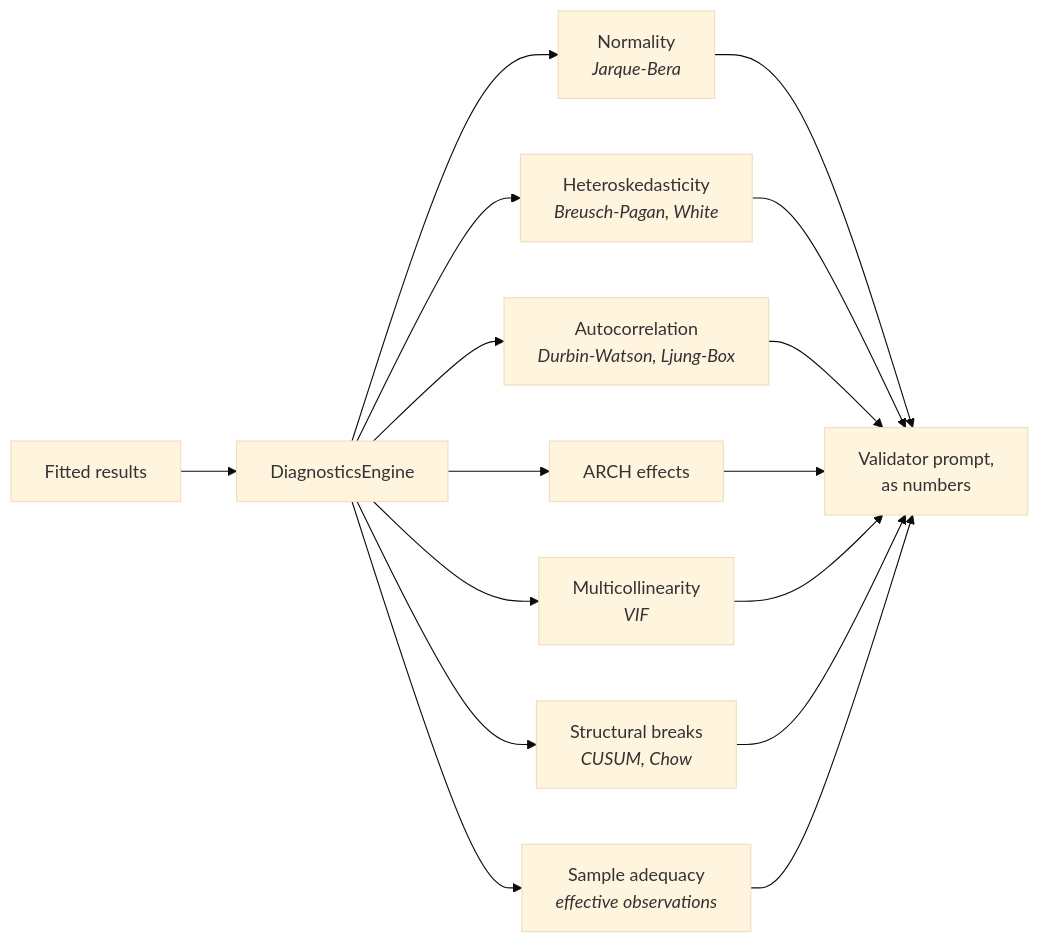
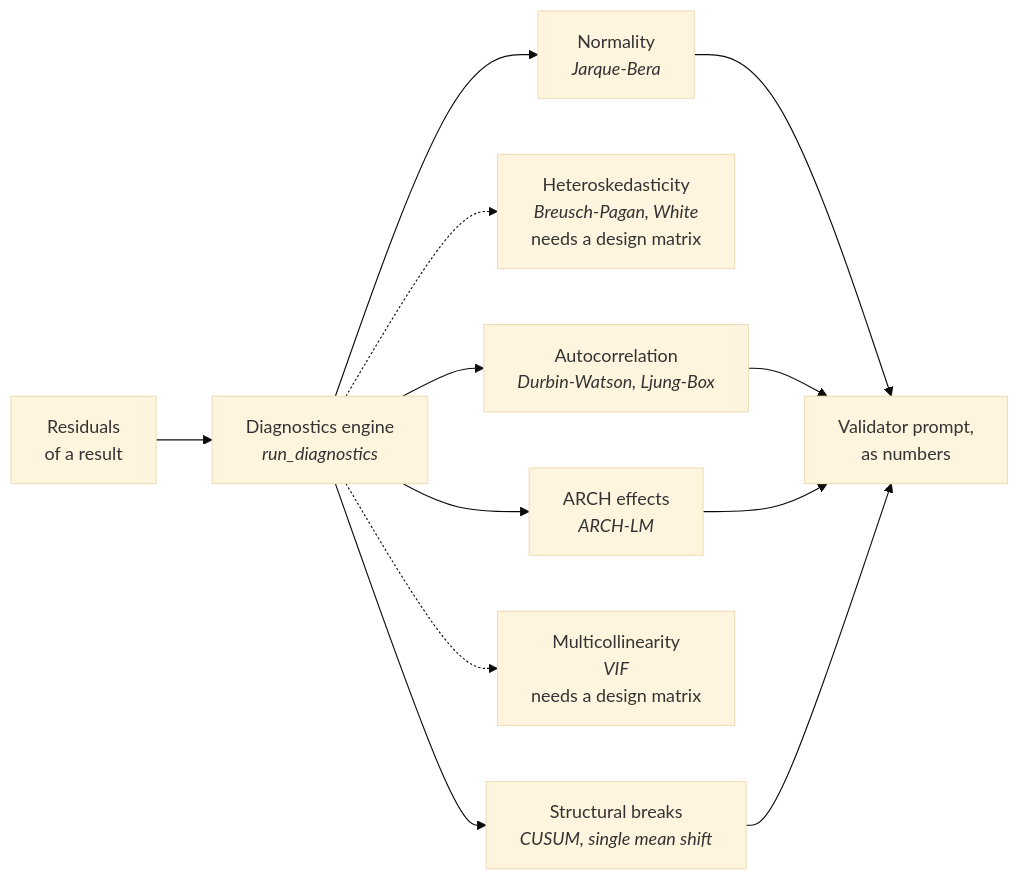
One commit to VikrantKurada/Econometrica changed the diagram in docs/2-product/capabilities.md. Above: the diagram before and after it, drawn with Mermaid (base theme). The commit also changed other lines of this file and 7 other files, not shown here.

````diff
--- a/docs/2-product/capabilities.md
+++ b/docs/2-product/capabilities.md
@@ -130,12 +130,11 @@
 ```mermaid
 flowchart LR
-    R["Fitted results"] --> D["DiagnosticsEngine"]
+    R["Residuals<br/>of a result"] --> D["Diagnostics engine<br/><i>run_diagnostics</i>"]
     D --> N["Normality<br/><i>Jarque-Bera</i>"]
-    D --> H["Heteroskedasticity<br/><i>Breusch-Pagan, White</i>"]
+    D -.-> H["Heteroskedasticity<br/><i>Breusch-Pagan, White</i><br/>needs a design matrix"]
     D --> A["Autocorrelation<br/><i>Durbin-Watson, Ljung-Box</i>"]
-    D --> AR["ARCH effects"]
-    D --> M["Multicollinearity<br/><i>VIF</i>"]
-    D --> S["Structural breaks<br/><i>CUSUM, Chow</i>"]
-    D --> SA["Sample adequacy<br/><i>effective observations</i>"]
-    N & H & A & AR & M & S & SA --> V["Validator prompt,<br/>as numbers"]
+    D --> AR["ARCH effects<br/><i>ARCH-LM</i>"]
+    D -.-> M["Multicollinearity<br/><i>VIF</i><br/>needs a design matrix"]
+    D --> S["Structural breaks<br/><i>CUSUM, single mean shift</i>"]
+    N & A & AR & S --> V["Validator prompt,<br/>as numbers"]
 ```
````
